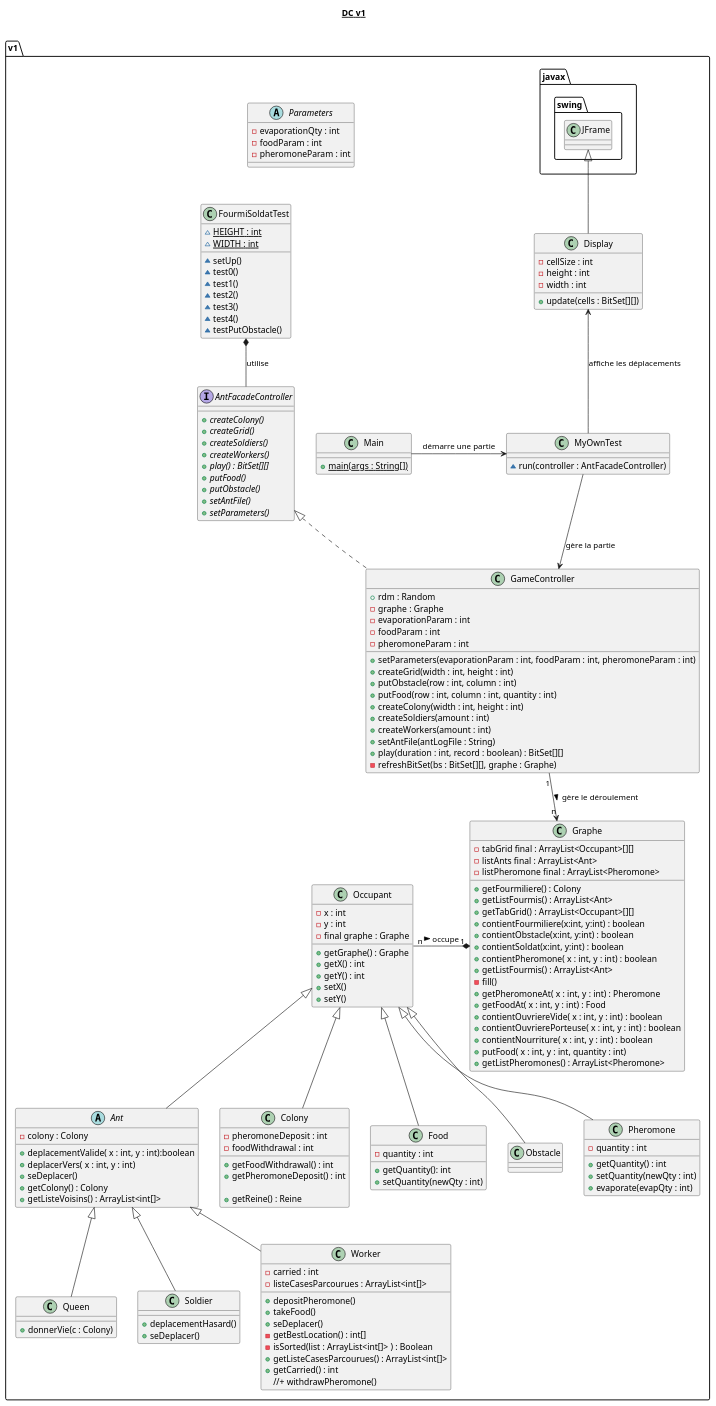
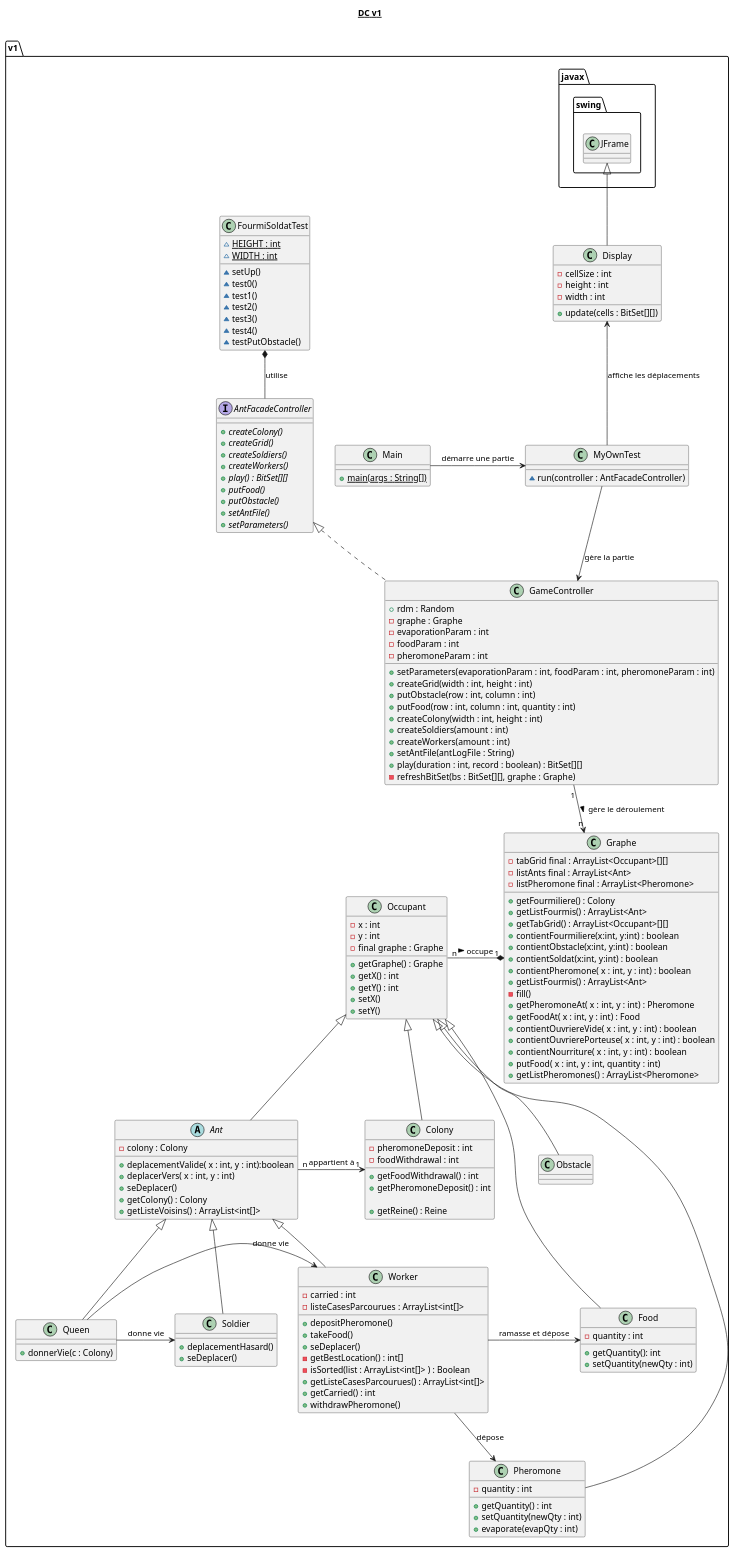
One commit to BaptisteWetterwald/dut-fourmis changed the diagram in src/main/uml/DC_V2.puml. Above: the diagram before and after it, drawn with PlantUML. The commit also changed 4 other files, not shown here.

```diff
--- a/src/main/uml/DC_V2.puml
+++ b/src/main/uml/DC_V2.puml
@@ -1,195 +1,193 @@
 @startuml
 
 title __DC v1__\n
 
 namespace v1 {
 
     abstract class Ant extends Occupant
     {
         - colony : Colony
 
         + deplacementValide( x : int, y : int):boolean
         + deplacerVers( x : int, y : int)
         + seDeplacer()
         + getColony() : Colony
         + getListeVoisins() : ArrayList<int[]>
 
     }
 
     interface AntFacadeController
     {
         {abstract} + createColony()
         {abstract} + createGrid()
         {abstract} + createSoldiers()
         {abstract} + createWorkers()
         {abstract} + play() : BitSet[][]
         {abstract} + putFood()
         {abstract} + putObstacle()
         {abstract} + setAntFile()
         {abstract} + setParameters()
     }
 
     class Colony extends Occupant
     {
         - pheromoneDeposit : int
         - foodWithdrawal : int
 
         + getFoodWithdrawal() : int
         + getPheromoneDeposit() : int
 
         + getReine() : Reine
     }
 
 
     class Display extends javax.swing.JFrame
     {
         - cellSize : int
         - height : int
         - width : int
 
         + update(cells : BitSet[][])
     }
 
     class Food extends Occupant
     {
         - quantity : int
 
         + getQuantity(): int
         + setQuantity(newQty : int)
     }
 
     class FourmiSoldatTest
     {
         {static} ~ HEIGHT : int
         {static} ~ WIDTH : int
         ~ setUp()
         ~ test0()
         ~ test1()
         ~ test2()
         ~ test3()
         ~ test4()
         ~ testPutObstacle()
     }
 
     class GameController implements AntFacadeController
     {
         + rdm : Random
         - graphe : Graphe
         - evaporationParam : int
         - foodParam : int
         - pheromoneParam : int
 
         + setParameters(evaporationParam : int, foodParam : int, pheromoneParam : int)
         + createGrid(width : int, height : int)
         + putObstacle(row : int, column : int)
         + putFood(row : int, column : int, quantity : int)
         + createColony(width : int, height : int)
         + createSoldiers(amount : int)
         + createWorkers(amount : int)
         + setAntFile(antLogFile : String)
         + play(duration : int, record : boolean) : BitSet[][]
         - refreshBitSet(bs : BitSet[][], graphe : Graphe)
     }
 
     class Graphe
     {
         - tabGrid final : ArrayList<Occupant>[][]
         - listAnts final : ArrayList<Ant>
         - listPheromone final : ArrayList<Pheromone>
 
         + getFourmiliere() : Colony
         + getListFourmis() : ArrayList<Ant>
         + getTabGrid() : ArrayList<Occupant>[][]
         + contientFourmiliere(x:int, y:int) : boolean
         + contientObstacle(x:int, y:int) : boolean
         + contientSoldat(x:int, y:int) : boolean
         + contientPheromone( x : int, y : int) : boolean
         + getListFourmis() : ArrayList<Ant>
         - fill()
         + getPheromoneAt( x : int, y : int) : Pheromone
         + getFoodAt( x : int, y : int) : Food
         + contientOuvriereVide( x : int, y : int) : boolean
         + contientOuvrierePorteuse( x : int, y : int) : boolean
         + contientNourriture( x : int, y : int) : boolean
         + putFood( x : int, y : int, quantity : int)
         + getListPheromones() : ArrayList<Pheromone>
     }
 
     class Main
     {
         {static} + main(args : String[])
     }
 
     class MyOwnTest
     {
         ~ run(controller : AntFacadeController)
     }
 
     class Obstacle extends Occupant
     {
 
     }
 
     class Occupant
     {
         - x : int
         - y : int
         - final graphe : Graphe
 
         + getGraphe() : Graphe
         + getX() : int
         + getY() : int
         + setX()
         + setY()
     }
 
     class Pheromone extends Occupant
     {
         - quantity : int
 
         + getQuantity() : int
         + setQuantity(newQty : int)
         + evaporate(evapQty : int)
 
     }
     class Queen extends Ant
     {
         + donnerVie(c : Colony)
     }
 
     class Soldier extends Ant
     {
         + deplacementHasard()
         + seDeplacer()
     }
 
     class Worker extends Ant
     {
         - carried : int
         - listeCasesParcourues : ArrayList<int[]>
 
         + depositPheromone()
         + takeFood()
         + seDeplacer()
         - getBestLocation() : int[]
         - isSorted(list : ArrayList<int[]> ) : Boolean
         + getListeCasesParcourues() : ArrayList<int[]>
         + getCarried() : int
-        //+ withdrawPheromone()
+        + withdrawPheromone()
    }
-
-    abstract class Parameters
-    {
-        - evaporationQty : int
-        - foodParam : int
-        - pheromoneParam : int
-    }
 
     Main -> MyOwnTest : démarre une partie
     MyOwnTest -up-> Display : affiche les déplacements
     MyOwnTest --> GameController : gère la partie
     FourmiSoldatTest *-- AntFacadeController : utilise
     GameController "1" --> "n" Graphe : gère le déroulement >
     Occupant "n" -* "1" Graphe : occupe >
+    Ant "n" -> "1" Colony : appartient à
+    Worker -> Food : ramasse et dépose
+    Worker --> Pheromone : dépose
+    Queen -> Soldier : donne vie
+    Queen -> Worker : donne vie
 }
 @enduml
```
